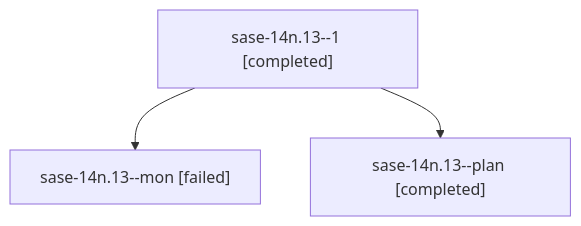
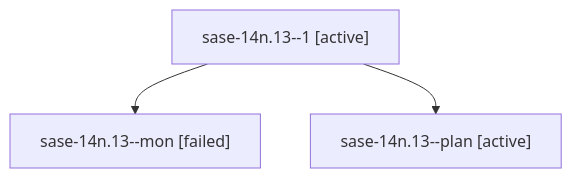
The diagram in families/bbugyi200.athena.sase-14n.13.md (sase-org/sase--agents), drawn with Mermaid before and after one commit. The commit also changed other lines of this file and 35830 other files, not shown here.

````diff
--- a/families/bbugyi200.athena.sase-14n.13.md
+++ b/families/bbugyi200.athena.sase-14n.13.md
@@ -9,8 +9,8 @@
 ```mermaid
 flowchart TD
-  n0["sase-14n.13--1 [completed]"]
+  n0["sase-14n.13--1 [active]"]
   n1["sase-14n.13--mon [failed]"]
   n0 --> n1
-  n2["sase-14n.13--plan [completed]"]
+  n2["sase-14n.13--plan [active]"]
   n0 --> n2
 ```
````
